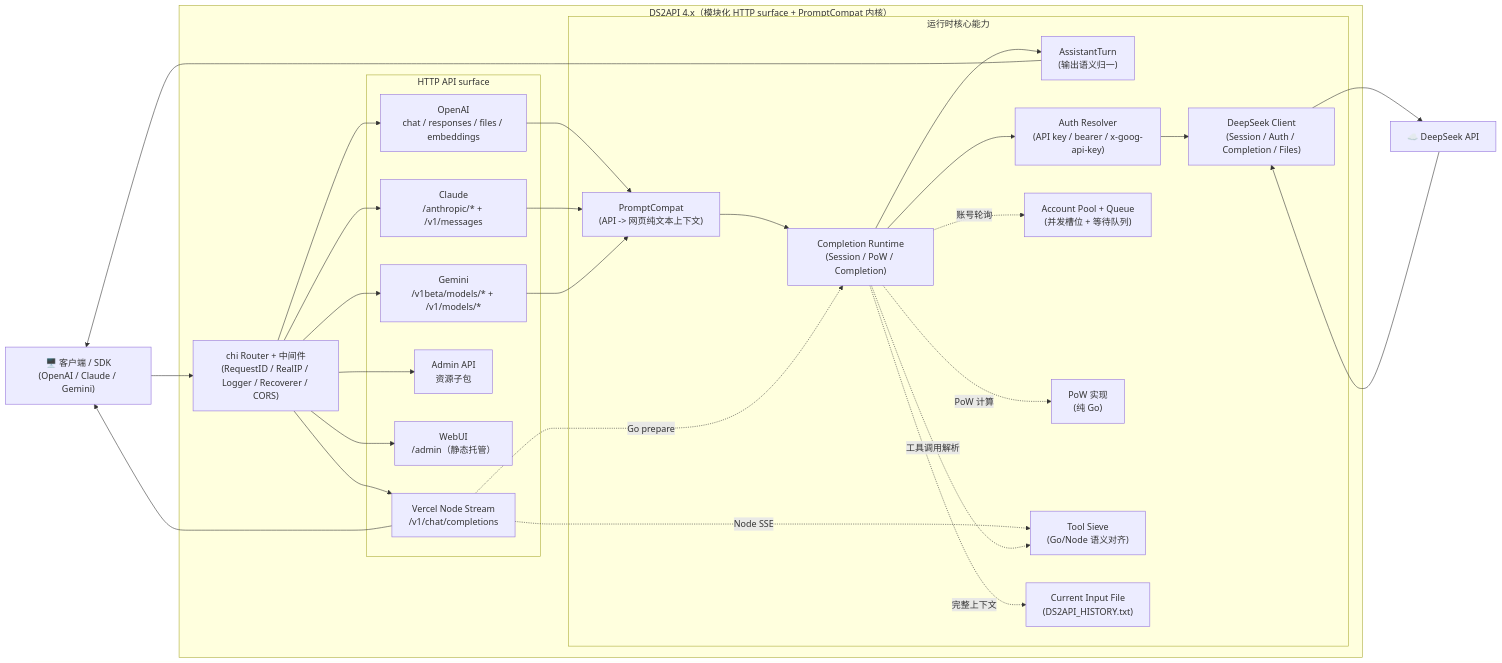
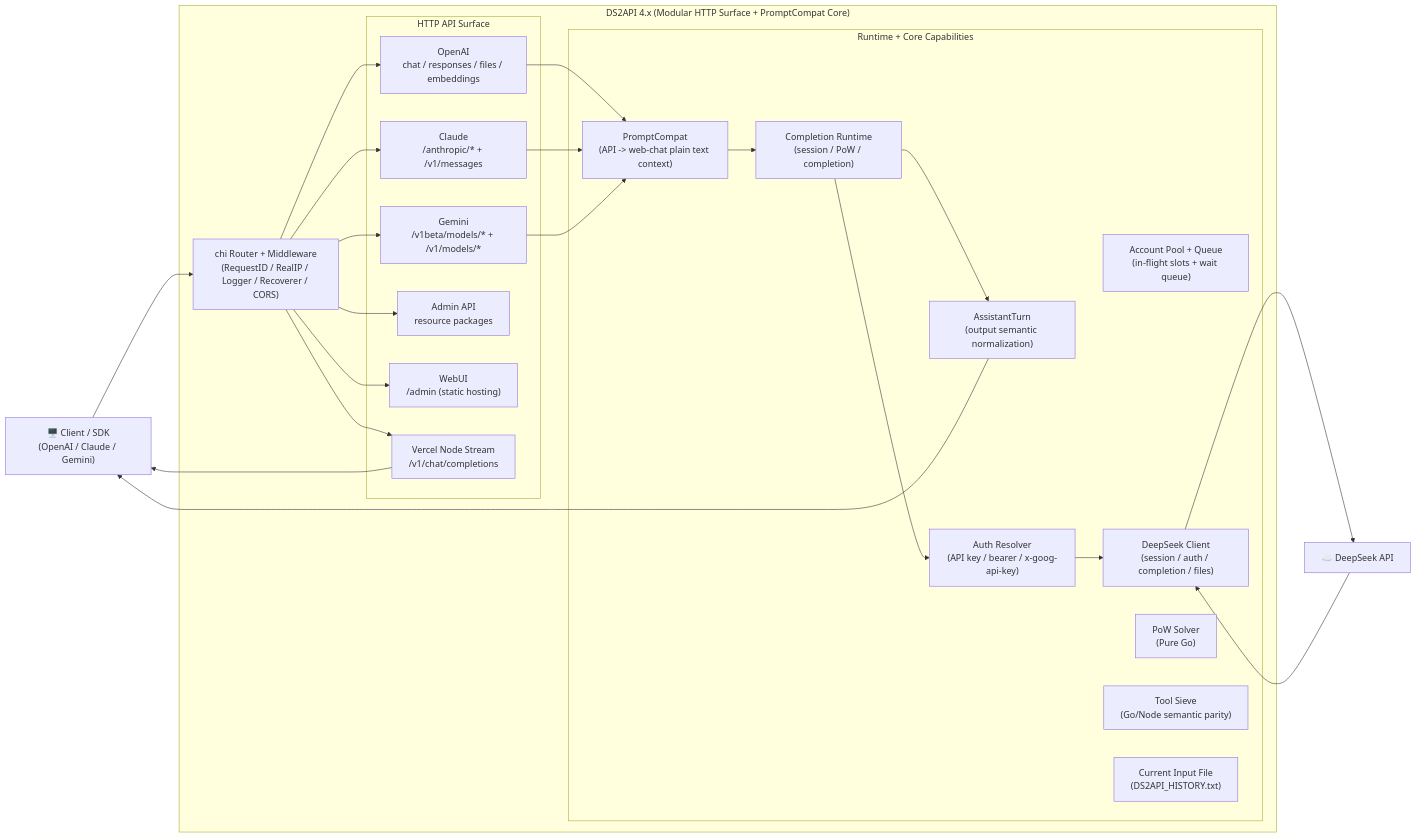
One commit to namlevia/ds2api changed the diagram in README.MD. Above: the diagram before and after it, drawn with Mermaid. The commit also changed other lines of this file and 3 other files, not shown here.

````diff
--- a/README.MD
+++ b/README.MD
@@ -70,53 +50,46 @@
 ```mermaid
 flowchart LR
-    Client["🖥️ 客户端 / SDK\n(OpenAI / Claude / Gemini)"]
+    Client["🖥️ Client / SDK\n(OpenAI / Claude / Gemini)"]
     Upstream["☁️ DeepSeek API"]
 
-    subgraph DS2API["DS2API 4.x（模块化 HTTP surface + PromptCompat 内核）"]
-        Router["chi Router + 中间件\n(RequestID / RealIP / Logger / Recoverer / CORS)"]
+    subgraph DS2API["DS2API 4.x (Modular HTTP Surface + PromptCompat Core)"]
+        Router["chi Router + Middleware\n(RequestID / RealIP / Logger / Recoverer / CORS)"]
 
-        subgraph HTTP["HTTP API surface"]
+        subgraph HTTP["HTTP API Surface"]
             OA["OpenAI\nchat / responses / files / embeddings"]
             CA["Claude\n/anthropic/* + /v1/messages"]
             GA["Gemini\n/v1beta/models/* + /v1/models/*"]
-            Admin["Admin API\n资源子包"]
-            WebUI["WebUI\n/admin（静态托管）"]
+            Admin["Admin API\nresource packages"]
+            WebUI["WebUI\n/admin (static hosting)"]
             Vercel["Vercel Node Stream\n/v1/chat/completions"]
         end
 
-        subgraph Runtime["运行时核心能力"]
-            Compat["PromptCompat\n(API -> 网页纯文本上下文)"]
-            Completion["Completion Runtime\n(Session / PoW / Completion)"]
-            Turn["AssistantTurn\n(输出语义归一)"]
+        subgraph Runtime["Runtime + Core Capabilities"]
+            Compat["PromptCompat\n(API -> web-chat plain text context)"]
+            Completion["Completion Runtime\n(session / PoW / completion)"]
+            Turn["AssistantTurn\n(output semantic normalization)"]
             Auth["Auth Resolver\n(API key / bearer / x-goog-api-key)"]
-            Pool["Account Pool + Queue\n(并发槽位 + 等待队列)"]
-            DSClient["DeepSeek Client\n(Session / Auth / Completion / Files)"]
-            Pow["PoW 实现\n(纯 Go)"]
-            Tool["Tool Sieve\n(Go/Node 语义对齐)"]
+            Pool["Account Pool + Queue\n(in-flight slots + wait queue)"]
+            DSClient["DeepSeek Client\n(session / auth / completion / files)"]
+            Pow["PoW Solver\n(Pure Go)"]
+            Tool["Tool Sieve\n(Go/Node semantic parity)"]
             History["Current Input File\n(DS2API_HISTORY.txt)"]
         end
     end
 
     Client --> Router
     Router --> OA & CA & GA
     Router --> Admin
     Router --> WebUI
     Router --> Vercel
-
     OA --> Compat
     CA & GA --> Compat
     Compat --> Completion
-    Completion -.完整上下文.-> History
     Completion --> Turn
-    Vercel -.Go prepare.-> Completion
-    Vercel -.Node SSE.-> Tool
     Completion --> Auth
-    Completion -.账号轮询.-> Pool
-    Completion -.工具调用解析.-> Tool
-    Completion -.PoW 计算.-> Pow
     Auth --> DSClient
     DSClient --> Upstream
     Upstream --> DSClient
     Turn --> Client
     Vercel --> Client
 ```
````
